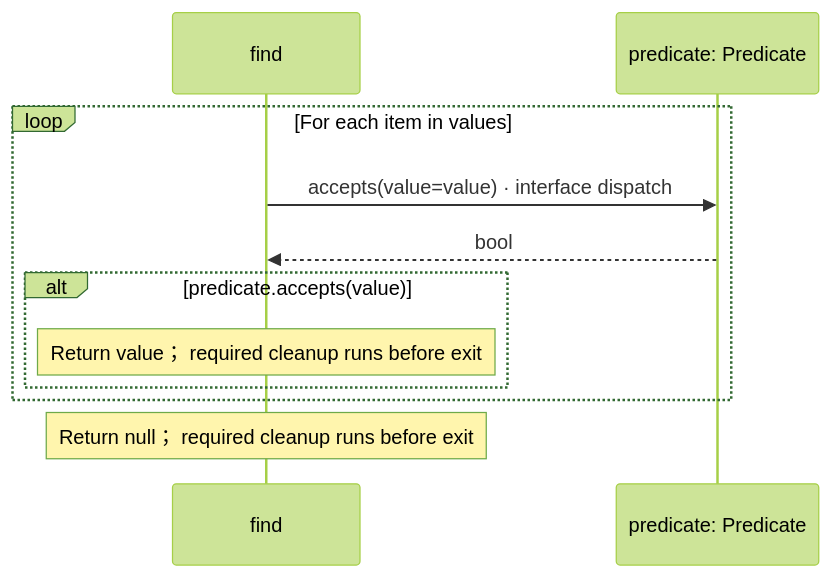
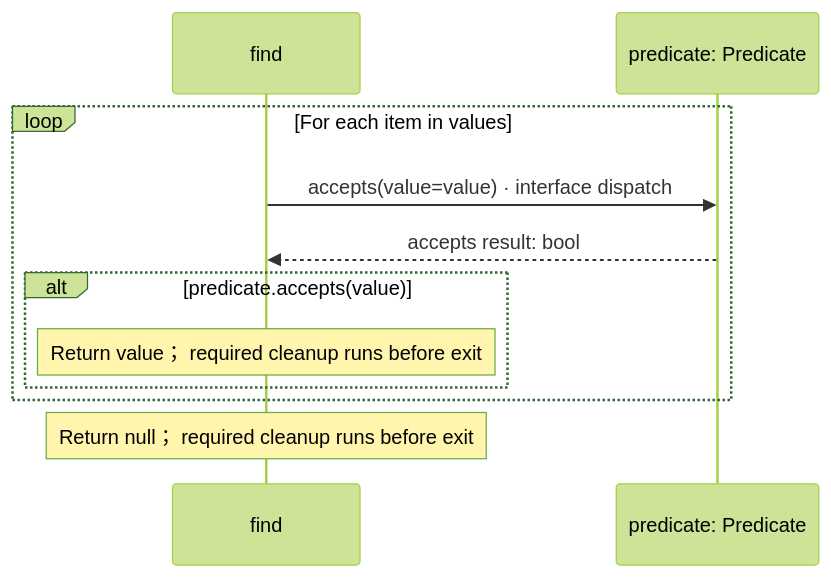
Diagram 15 of 21 in src/stdlib/collections/operations.aug.diagrams.md (GreenPandaStudios/augscript), drawn with Mermaid (forest theme) before and after one commit. The commit also changed other lines of this file and 304 other files, not shown here.

Commit message:
Make generated data-flow sequences concise and review every diagram

````diff
--- a/src/stdlib/collections/operations.aug.diagrams.md
+++ b/src/stdlib/collections/operations.aug.diagrams.md
@@ -202,13 +233,13 @@
 ```mermaid
 sequenceDiagram
     participant p0 as find
     participant p1 as predicate: Predicate
     loop For each item in values
     p0->>p1: accepts(value=value) · interface dispatch
-    p1-->>p0: bool
+    p1-->>p0: accepts result: bool
     alt predicate.accepts(value)
     Note over p0: Return value； required cleanup runs before exit
     end
     end
     Note over p0: Return null； required cleanup runs before exit
 ```
````
